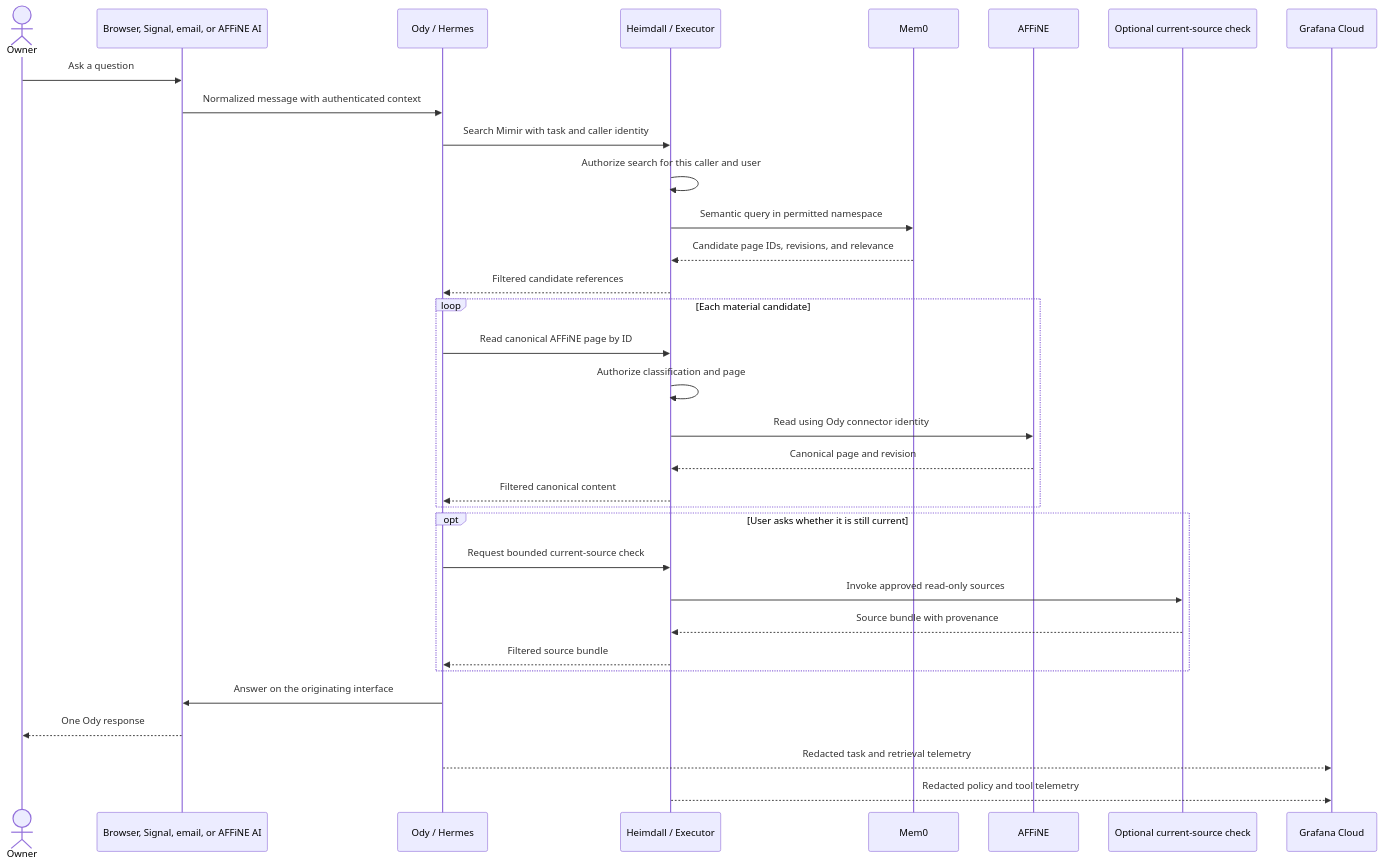
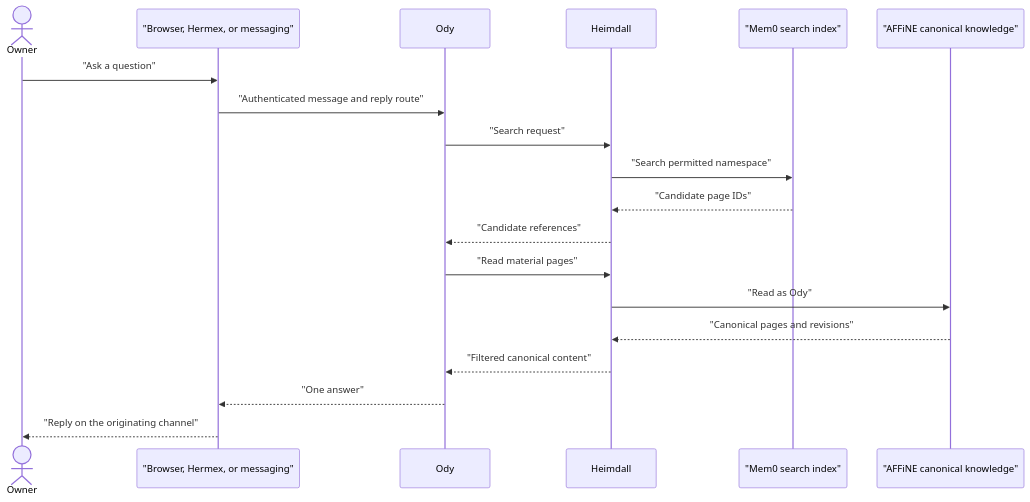
One commit to wan0net/asgard changed the first of 7 diagrams in docs/data-flows.md. Above: the diagram before and after it, drawn with Mermaid. The commit also changed other lines of this file and 4 other files, not shown here.

Commit message:
Simplify architecture flows and approvals

````diff
--- a/docs/data-flows.md
+++ b/docs/data-flows.md
@@ -106,36 +26,22 @@
 ```mermaid
 sequenceDiagram
-    actor U as Owner
-    participant C as Browser, Signal, email, or AFFiNE AI
-    participant O as Ody / Hermes
-    participant H as Heimdall / Executor
-    participant M as Mem0
-    participant A as AFFiNE
-    participant X as Optional current-source check
-    participant G as Grafana Cloud
+    actor Owner
+    participant Channel as "Browser, Hermex, or messaging"
+    participant Ody
+    participant Heimdall
+    participant Mem0 as "Mem0 search index"
+    participant AFFiNE as "AFFiNE canonical knowledge"
 
-    U->>C: Ask a question
-    C->>O: Normalized message with authenticated context
-    O->>H: Search Mimir with task and caller identity
-    H->>H: Authorize search for this caller and user
-    H->>M: Semantic query in permitted namespace
-    M-->>H: Candidate page IDs, revisions, and relevance
-    H-->>O: Filtered candidate references
-    loop Each material candidate
-        O->>H: Read canonical AFFiNE page by ID
-        H->>H: Authorize classification and page
-        H->>A: Read using Ody connector identity
-        A-->>H: Canonical page and revision
-        H-->>O: Filtered canonical content
-    end
-    opt User asks whether it is still current
-        O->>H: Request bounded current-source check
-        H->>X: Invoke approved read-only sources
-        X-->>H: Source bundle with provenance
-        H-->>O: Filtered source bundle
-    end
-    O->>C: Answer on the originating interface
-    C-->>U: One Ody response
-    O-->>G: Redacted task and retrieval telemetry
-    H-->>G: Redacted policy and tool telemetry
+    Owner->>Channel: "Ask a question"
+    Channel->>Ody: "Authenticated message and reply route"
+    Ody->>Heimdall: "Search request"
+    Heimdall->>Mem0: "Search permitted namespace"
+    Mem0-->>Heimdall: "Candidate page IDs"
+    Heimdall-->>Ody: "Candidate references"
+    Ody->>Heimdall: "Read material pages"
+    Heimdall->>AFFiNE: "Read as Ody"
+    AFFiNE-->>Heimdall: "Canonical pages and revisions"
+    Heimdall-->>Ody: "Filtered canonical content"
+    Ody-->>Channel: "One answer"
+    Channel-->>Owner: "Reply on the originating channel"
 ```
````
